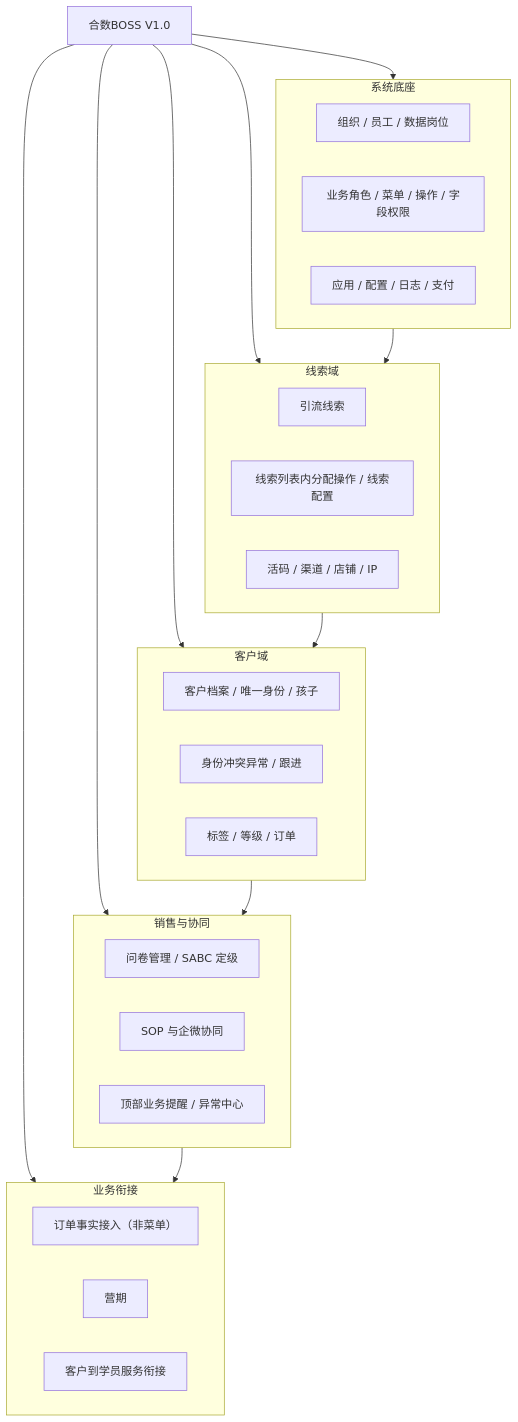
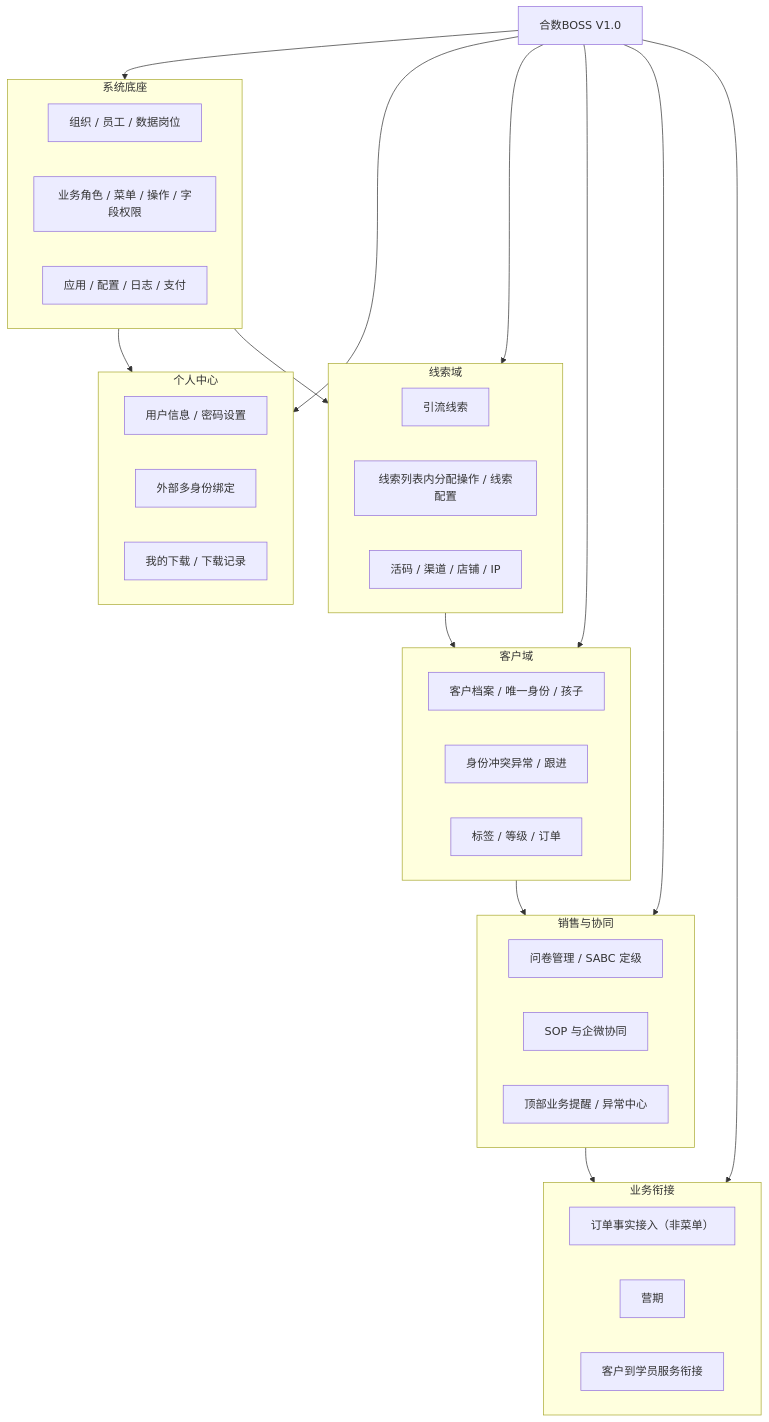
The fourth of 8 diagrams in docs/authoritative/合数BOSS V1.0产品需求总文档.md (freya-pr/heshu-boss-demo), drawn with Mermaid before and after one commit. The commit also changed other lines of this file and 32 other files, not shown here.

````diff
--- a/docs/authoritative/合数BOSS V1.0产品需求总文档.md
+++ b/docs/authoritative/合数BOSS V1.0产品需求总文档.md
@@ -242,41 +252,49 @@
 ```mermaid
 flowchart TB
     V1["合数BOSS V1.0"]
 
     subgraph FOUNDATION["系统底座"]
         F1["组织 / 员工 / 数据岗位"]
         F2["业务角色 / 菜单 / 操作 / 字段权限"]
         F3["应用 / 配置 / 日志 / 支付"]
+    end
+
+    subgraph PERSONAL["个人中心"]
+        P1["用户信息 / 密码设置"]
+        P2["外部多身份绑定"]
+        P3["我的下载 / 下载记录"]
     end
 
     subgraph LEAD["线索域"]
         L2["引流线索"]
         L3["线索列表内分配操作 / 线索配置"]
         L4["活码 / 渠道 / 店铺 / IP"]
     end
 
     subgraph CUSTOMER["客户域"]
         C1["客户档案 / 唯一身份 / 孩子"]
         C2["身份冲突异常 / 跟进"]
         C3["标签 / 等级 / 订单"]
     end
 
     subgraph OPERATION["销售与协同"]
         O1["问卷管理 / SABC 定级"]
         O2["SOP 与企微协同"]
         O3["顶部业务提醒 / 异常中心"]
     end
 
     subgraph BUSINESS["业务衔接"]
         B1["订单事实接入（非菜单）"]
         B2["营期"]
         B3["客户到学员服务衔接"]
     end
 
     V1 --> FOUNDATION
+    V1 --> PERSONAL
     V1 --> LEAD
     V1 --> CUSTOMER
     V1 --> OPERATION
     V1 --> BUSINESS
+    FOUNDATION --> PERSONAL
     FOUNDATION --> LEAD --> CUSTOMER --> OPERATION --> BUSINESS
 ```
````
